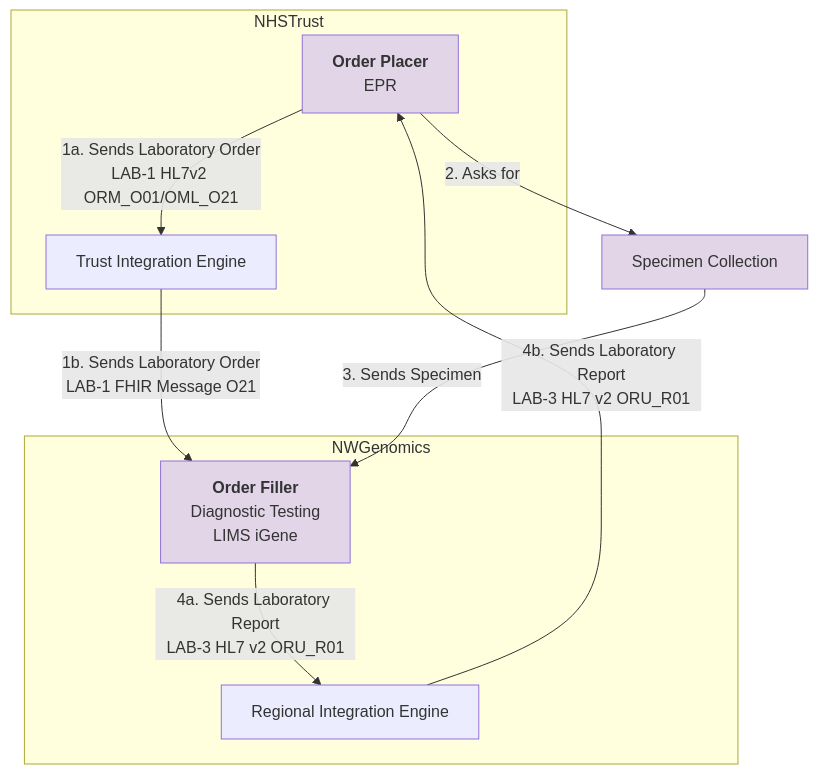
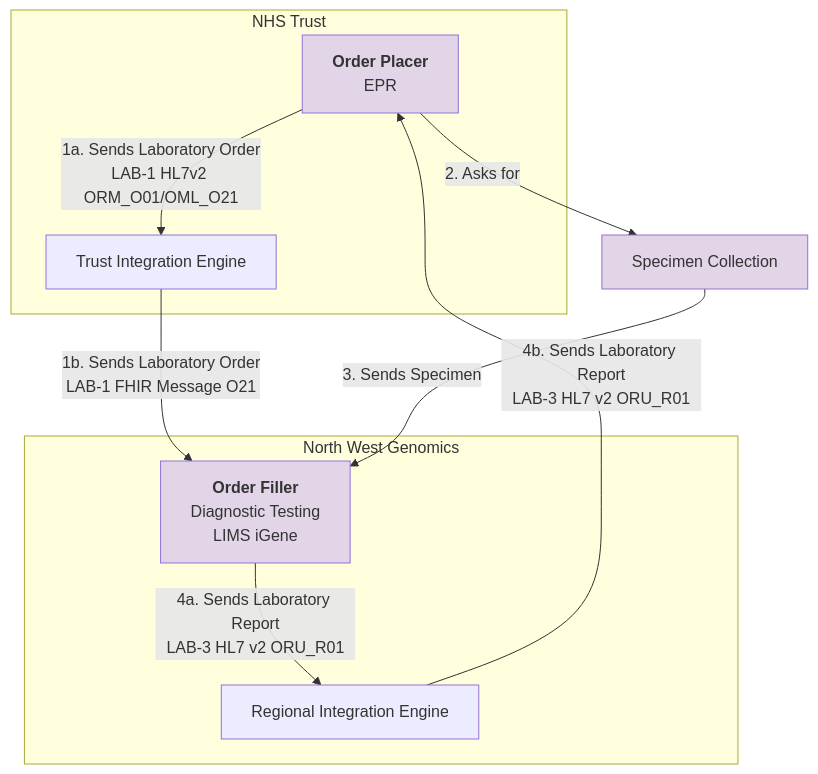
Before and after one commit to uk-gov-mirror/nw-gmsa.nw-gmsa.github.com: the second of 5 diagrams in input/pagecontent/introduction.md, drawn with Mermaid. The commit also changed other lines of this file, not shown here.

Commit message:
Reduced complexity

````diff
--- a/input/pagecontent/introduction.md
+++ b/input/pagecontent/introduction.md
@@ -57,34 +57,34 @@
 ```mermaid
 graph TD;
 
-    subgraph NHSTrust
+    subgraph NHSTrust[NHS Trust]
         T[<b>Order Placer</b><br/>EPR]--> |"1a. Sends Laboratory Order<br>LAB-1 HL7v2 ORM_O01/OML_O21"| TIE;
         TIE[Trust Integration Engine] 
     end
     TIE --> |"1b. Sends Laboratory Order<br>LAB-1 FHIR Message O21"| AN;
     T --> |2. Asks for| S
     S[Specimen Collection] --> |3. Sends Specimen| AN;
-    subgraph NWGenomics
+    subgraph NWGenomics[North West Genomics]
         AN["<b>Order Filler</b><br/>Diagnostic Testing<br/>LIMS iGene"] --> |4a. Sends Laboratory Report<br/>LAB-3 HL7 v2 ORU_R01| RIE;
         RIE[Regional Integration Engine] --> |4b. Sends Laboratory Report<br/>LAB-3 HL7 v2 ORU_R01| T;
     end 
     click T Questionnaire-GenomicTestOrder.html
     click AN Questionnaire-GenomicTestReport.html
     click S ExampleScenario-BiopsyProcedure.html
 
     classDef purple fill:#E1D5E7;
 
     classDef yellow fill:#FFF2CC;
     classDef pink fill:#F8CECC
     classDef green fill:#D5E8D4;
     classDef blue fill:#DAE8FC;
     classDef orange fill:#FFE6CC;
 
     class A pink
     class B yellow
     class C green
     class D blue
     class E orange
 
     class O,S,T,AN purple
 ```
````
